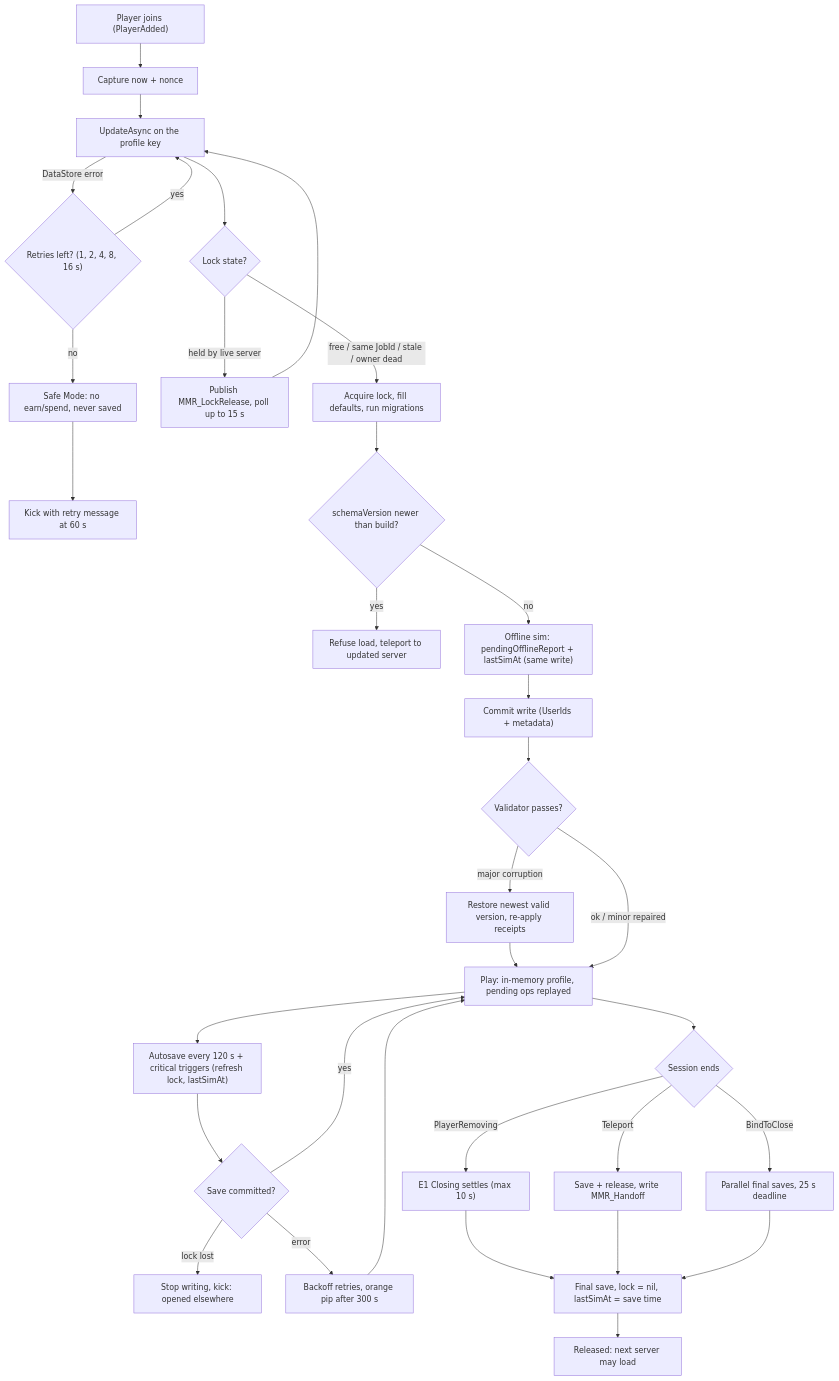
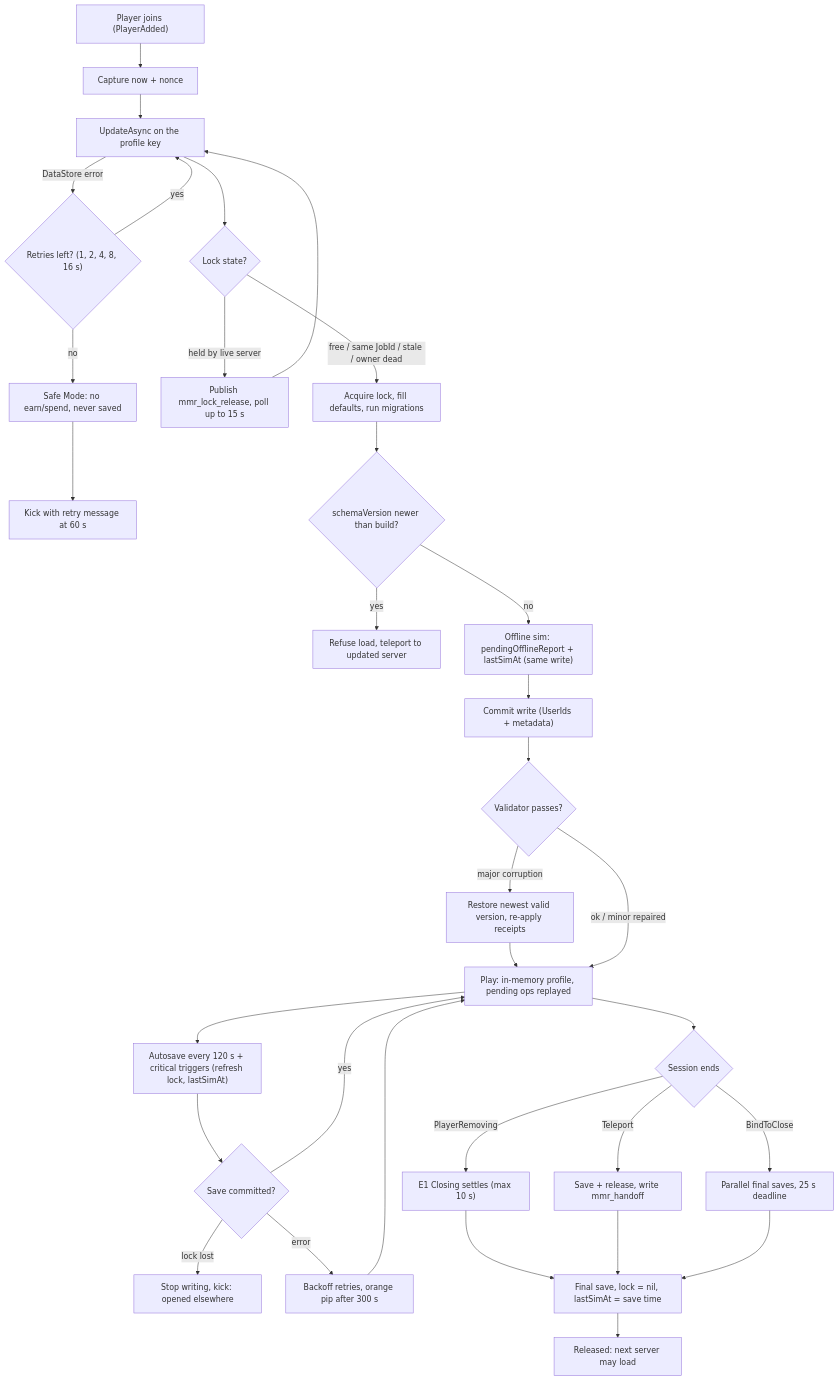
The second of 2 diagrams in gdd/sections/28_data_persistence.md (sol-singula/ra1), drawn with Mermaid before and after one commit. The commit also changed other lines of this file and 23 other files, not shown here.

````diff
--- a/gdd/sections/28_data_persistence.md
+++ b/gdd/sections/28_data_persistence.md
@@ -1291,36 +1317,36 @@
 ```mermaid
 %% diagram: data-persistence-flow
 flowchart TD
     J["Player joins (PlayerAdded)"] --> C["Capture now + nonce"]
     C --> U["UpdateAsync on the profile key"]
     U --> LK{"Lock state?"}
     LK -->|"free / same JobId / stale / owner dead"| MG["Acquire lock, fill defaults, run migrations"]
-    LK -->|"held by live server"| RR["Publish MMR_LockRelease, poll up to 15 s"]
+    LK -->|"held by live server"| RR["Publish mmr_lock_release, poll up to 15 s"]
     RR --> U
     U -->|"DataStore error"| RT{"Retries left? (1, 2, 4, 8, 16 s)"}
     RT -->|"yes"| U
     RT -->|"no"| SM["Safe Mode: no earn/spend, never saved"]
     SM --> KK["Kick with retry message at 60 s"]
     MG --> FS{"schemaVersion newer than build?"}
     FS -->|"yes"| TP["Refuse load, teleport to updated server"]
     FS -->|"no"| OS["Offline sim: pendingOfflineReport + lastSimAt (same write)"]
     OS --> CM["Commit write (UserIds + metadata)"]
     CM --> VA{"Validator passes?"}
     VA -->|"major corruption"| RB["Restore newest valid version, re-apply receipts"]
     RB --> PL
     VA -->|"ok / minor repaired"| PL["Play: in-memory profile, pending ops replayed"]
     PL --> AS["Autosave every 120 s + critical triggers (refresh lock, lastSimAt)"]
     AS --> SF{"Save committed?"}
     SF -->|"yes"| PL
     SF -->|"lock lost"| LL["Stop writing, kick: opened elsewhere"]
     SF -->|"error"| BO["Backoff retries, orange pip after 300 s"]
     BO --> PL
     PL --> LV{"Session ends"}
     LV -->|"PlayerRemoving"| CL["E1 Closing settles (max 10 s)"]
-    LV -->|"Teleport"| HO["Save + release, write MMR_Handoff"]
+    LV -->|"Teleport"| HO["Save + release, write mmr_handoff"]
     LV -->|"BindToClose"| BC["Parallel final saves, 25 s deadline"]
     CL --> FR["Final save, lock = nil, lastSimAt = save time"]
     HO --> FR
     BC --> FR
     FR --> DN["Released: next server may load"]
 ```
````
